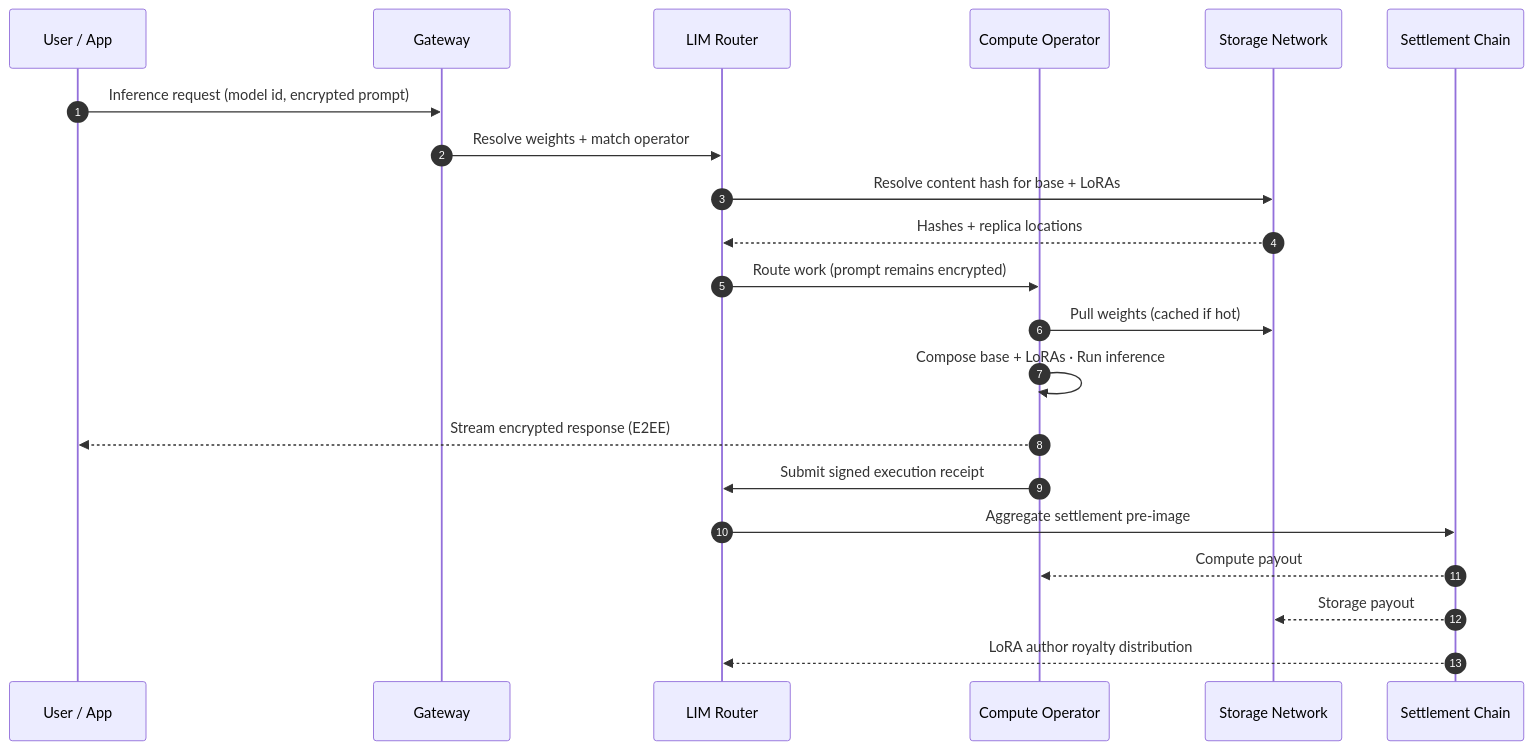
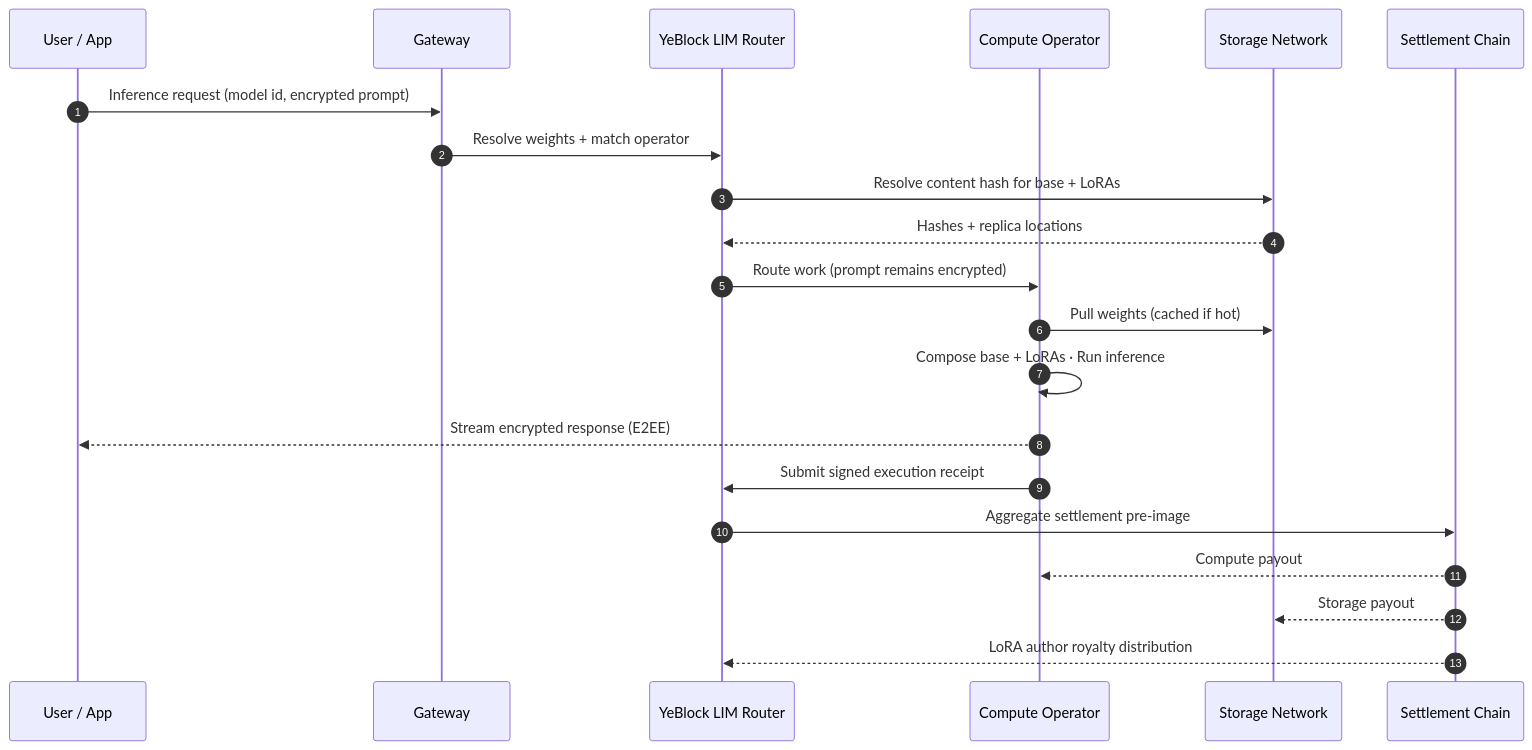
The second of 2 diagrams in ARCHITECTURE.md (yeblocklim/YeBlock), drawn with Mermaid before and after one commit. The commit also changed other lines of this file and 21 other files, not shown here.

````diff
--- a/ARCHITECTURE.md
+++ b/ARCHITECTURE.md
@@ -213,24 +213,24 @@
 ```mermaid
 sequenceDiagram
     autonumber
     participant U as User / App
     participant G as Gateway
-    participant R as LIM Router
+    participant R as YeBlock LIM Router
     participant O as Compute Operator
     participant S as Storage Network
     participant C as Settlement Chain
 
     U->>G: Inference request (model id, encrypted prompt)
     G->>R: Resolve weights + match operator
     R->>S: Resolve content hash for base + LoRAs
     S-->>R: Hashes + replica locations
     R->>O: Route work (prompt remains encrypted)
     O->>S: Pull weights (cached if hot)
     O->>O: Compose base + LoRAs · Run inference
     O-->>U: Stream encrypted response (E2EE)
     O->>R: Submit signed execution receipt
     R->>C: Aggregate settlement pre-image
     C-->>O: Compute payout
     C-->>S: Storage payout
     C-->>R: LoRA author royalty distribution
 ```
````
